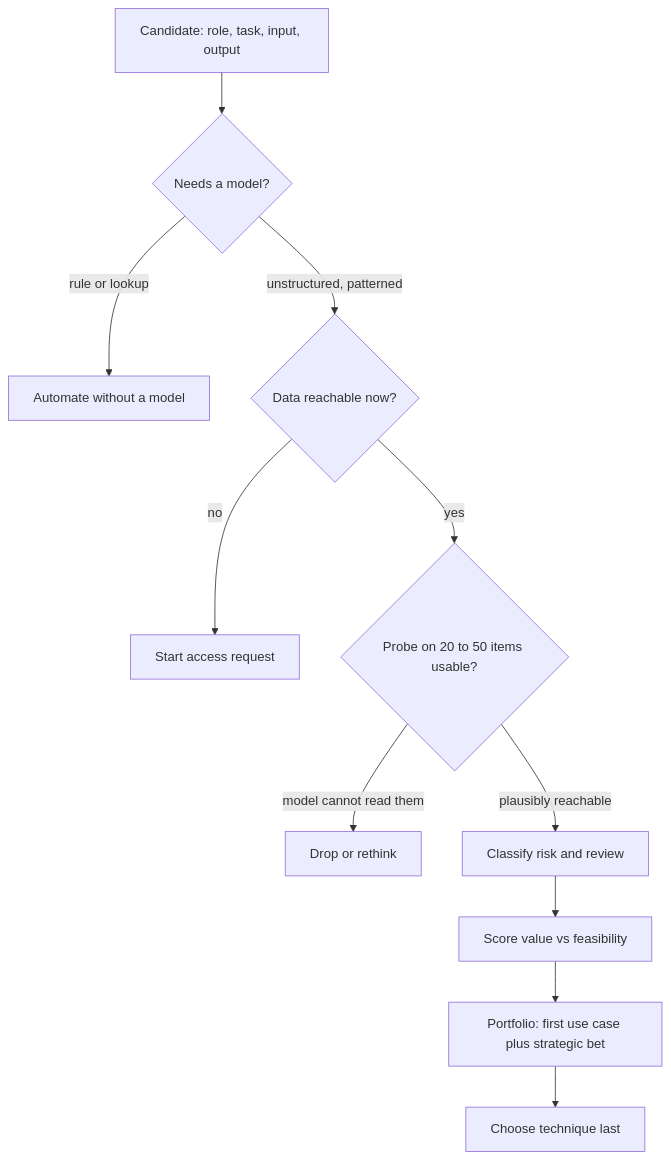
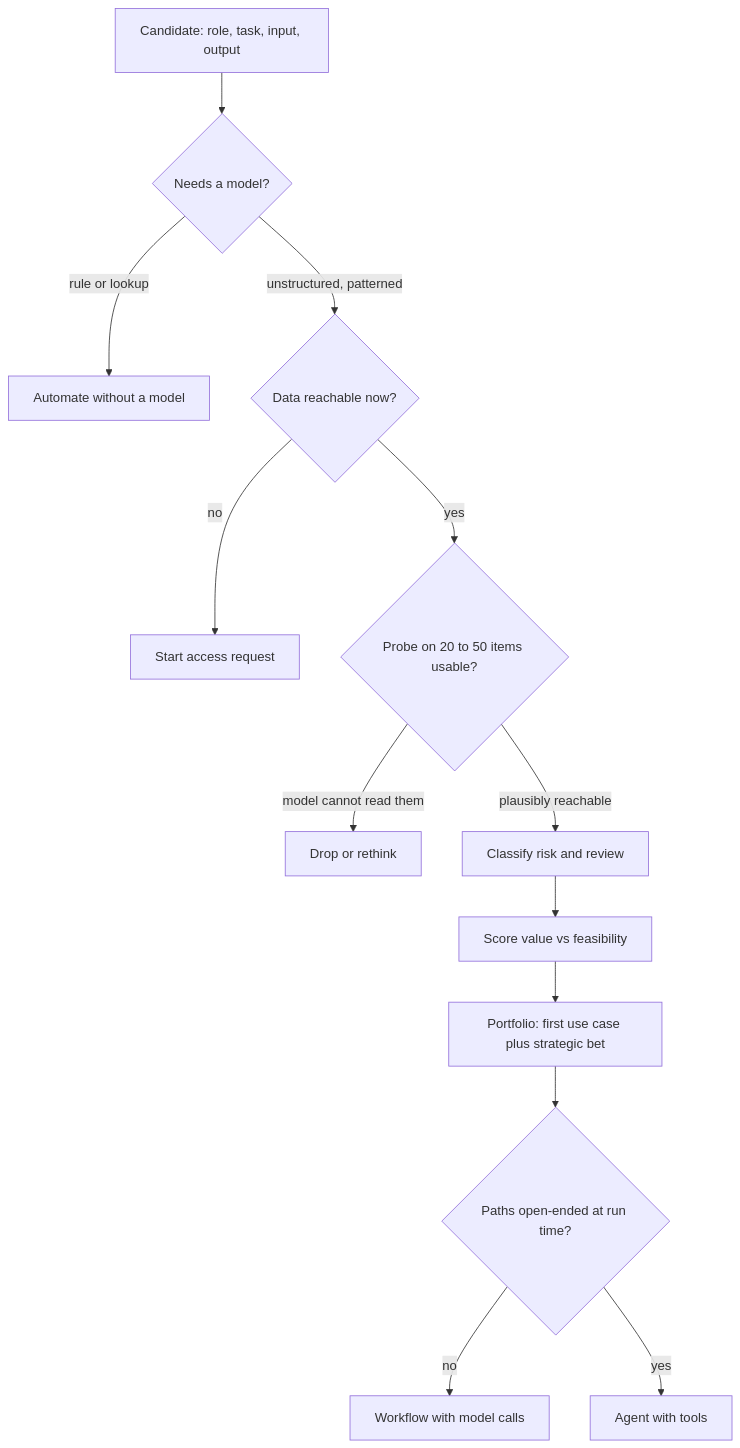
Before and after one commit to lovishmahajan97/agentic-learning: the diagram in content/scoping/ai-use-case-discovery.md, drawn with Mermaid. The commit also changed other lines of this file and 485 other files, not shown here.

````diff
--- a/content/scoping/ai-use-case-discovery.md
+++ b/content/scoping/ai-use-case-discovery.md
@@ -119,13 +140,15 @@
 ```mermaid
 flowchart TD
     C["Candidate: role, task, input, output"] --> F{"Needs a model?"}
     F -->|"rule or lookup"| A["Automate without a model"]
     F -->|"unstructured, patterned"| D{"Data reachable now?"}
     D -->|"no"| X["Start access request"]
     D -->|"yes"| P{"Probe on 20 to 50 items usable?"}
     P -->|"model cannot read them"| Y["Drop or rethink"]
     P -->|"plausibly reachable"| R["Classify risk and review"]
     R --> V["Score value vs feasibility"]
     V --> S["Portfolio: first use case plus strategic bet"]
-    S --> T["Choose technique last"]
+    S --> T{"Paths open-ended at run time?"}
+    T -->|"no"| W["Workflow with model calls"]
+    T -->|"yes"| G["Agent with tools"]
 ```
````
